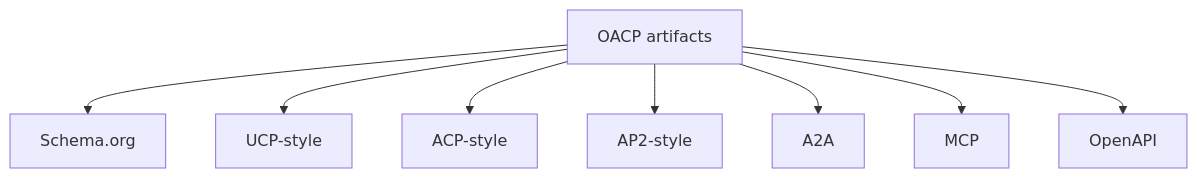
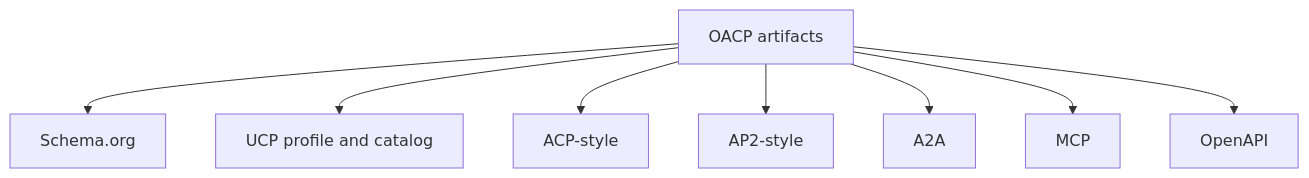
The diagram in docs/oacp/explainers/protocol-partner-mappings.md (mishrasanjeev/agentic-org), drawn with Mermaid before and after one commit. The commit also changed other lines of this file and 146 other files, not shown here.

````diff
--- a/docs/oacp/explainers/protocol-partner-mappings.md
+++ b/docs/oacp/explainers/protocol-partner-mappings.md
@@ -7,10 +7,10 @@
 ```mermaid
 flowchart TD
   oacp[OACP artifacts] --> schema[Schema.org]
-  oacp --> ucp[UCP-style]
+  oacp --> ucp[UCP profile and catalog]
   oacp --> acp[ACP-style]
   oacp --> ap2[AP2-style]
   oacp --> a2a[A2A]
   oacp --> mcp[MCP]
   oacp --> openapi[OpenAPI]
 ```
````
